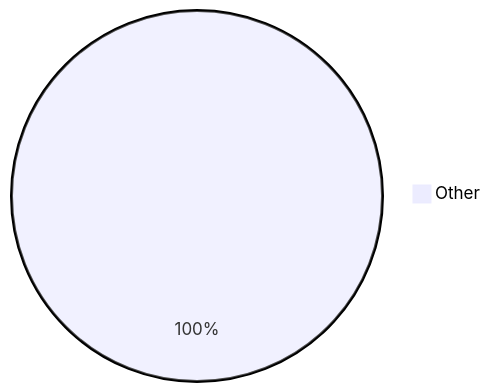
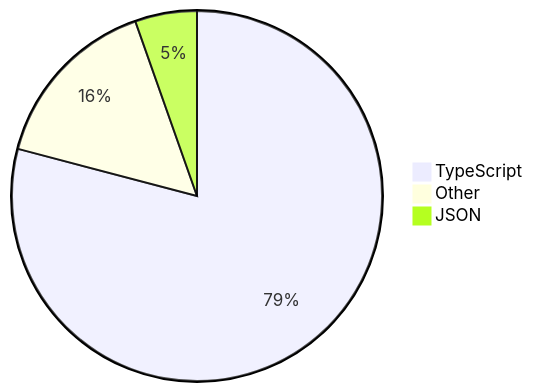
Before and after one commit to skvggor/skvggor: the diagram in README.md, drawn with Mermaid.

Commit message:
Updated waka-readme graph with new metrics

````diff
--- a/README.md
+++ b/README.md
@@ -28,4 +28,6 @@
 ```mermaid
 pie
-    "Other" : 100.0
+    "TypeScript" : 79.1
+    "Other" : 15.5
+    "JSON" : 5.4
 ```
````
